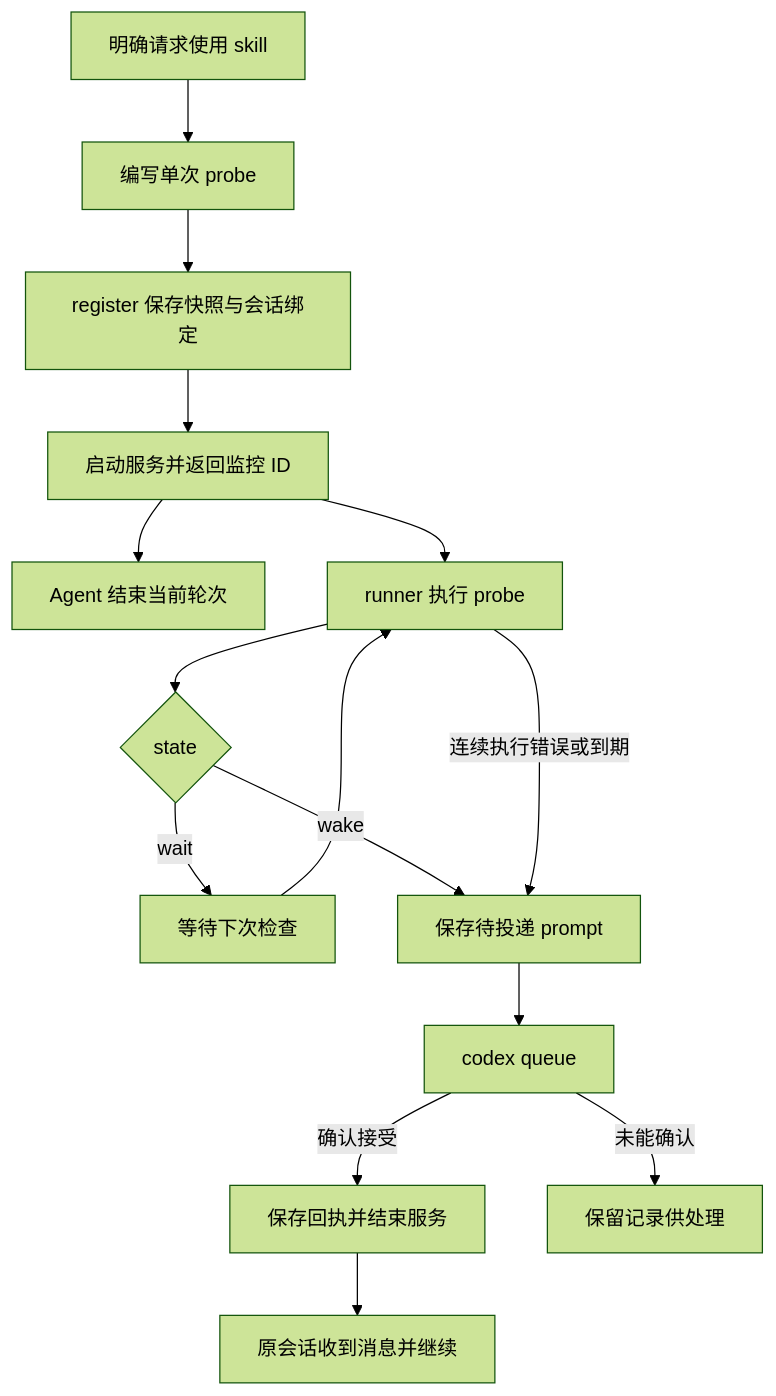
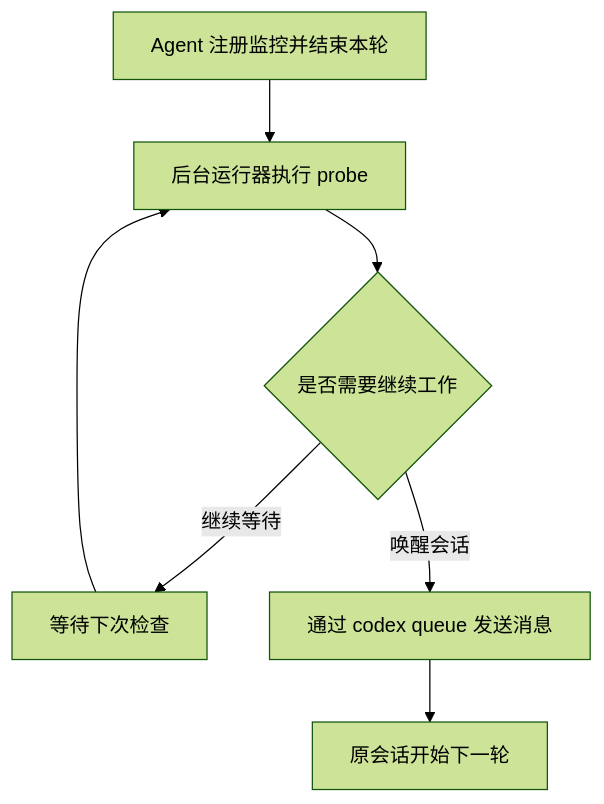
The diagram in SKILL.md (HAL-42/agent-wakeup), drawn with Mermaid (forest theme) before and after one commit. The commit also changed other lines of this file and 1 other file, not shown here.

````diff
--- a/SKILL.md
+++ b/SKILL.md
@@ -89,17 +26,9 @@
 ```mermaid
 flowchart TD
-    A[明确请求使用 skill] --> B[编写单次 probe]
-    B --> C[register 保存快照与会话绑定]
-    C --> D[启动服务并返回监控 ID]
-    D --> E[Agent 结束当前轮次]
-    D --> F[runner 执行 probe]
-    F --> G{state}
-    G -->|wait| H[等待下次检查]
-    H --> F
-    G -->|wake| I[保存待投递 prompt]
-    F -->|连续执行错误或到期| I
-    I --> J[codex queue]
-    J -->|确认接受| K[保存回执并结束服务]
-    J -->|未能确认| L[保留记录供处理]
-    K --> M[原会话收到消息并继续]
+    A[Agent 注册监控并结束本轮] --> B[后台运行器执行 probe]
+    B --> C{是否需要继续工作}
+    C -->|继续等待| D[等待下次检查]
+    D --> B
+    C -->|唤醒会话| E[通过 codex queue 发送消息]
+    E --> F[原会话开始下一轮]
 ```
````
